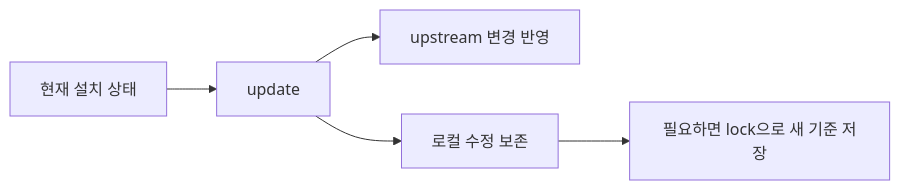
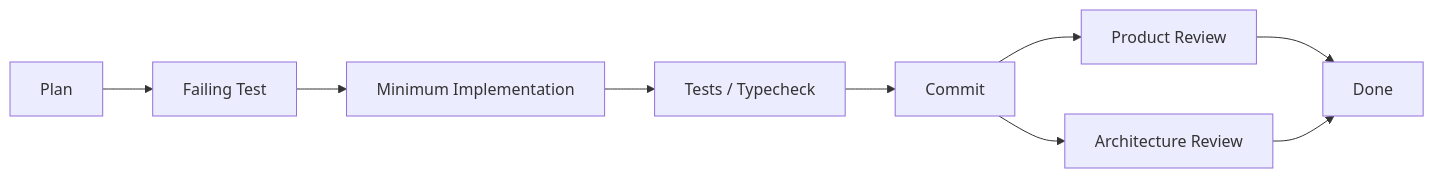
The third of 3 diagrams in README.md (omegafrog/harness-codex), drawn with Mermaid before and after one commit. The commit also changed other lines of this file, not shown here.

````diff
--- a/README.md
+++ b/README.md
@@ -63,7 +334,11 @@
 ```mermaid
 flowchart LR
-    A["현재 설치 상태"] --> B["update"]
-    B --> C["upstream 변경 반영"]
-    B --> D["로컬 수정 보존"]
-    D --> E["필요하면 lock으로 새 기준 저장"]
+    A["Plan"] --> B["Failing Test"]
+    B --> C["Minimum Implementation"]
+    C --> D["Tests / Typecheck"]
+    D --> E["Commit"]
+    E --> F["Product Review"]
+    E --> G["Architecture Review"]
+    F --> H["Done"]
+    G --> H
 ```
````
